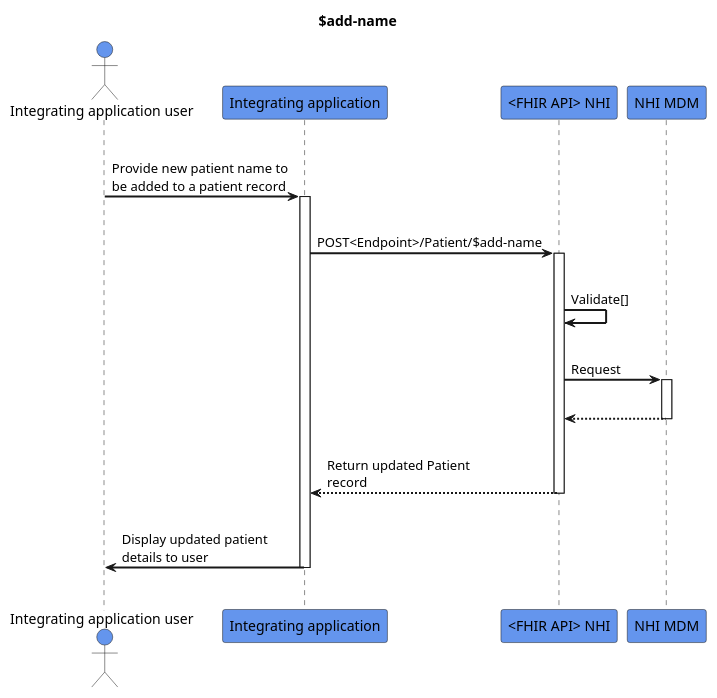
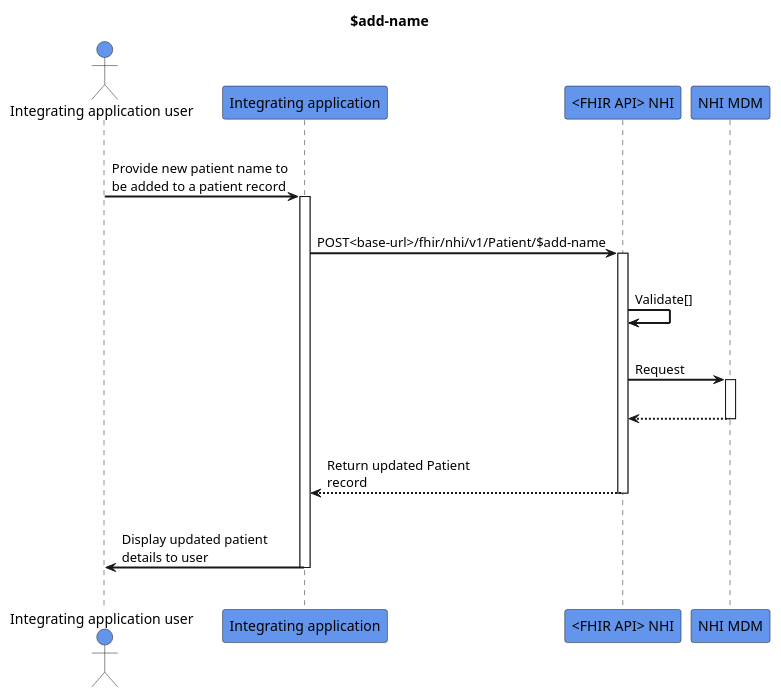
Before and after one commit to HL7NZ/nhi: the diagram in input/images-source/add-name.plantuml, drawn with PlantUML.

```diff
--- a/input/images-source/add-name.plantuml
+++ b/input/images-source/add-name.plantuml
@@ -1,32 +1,32 @@
 @startuml
 skinparam sequenceArrowThickness 2
 skinparam roundcorner 5
 skinparam maxmessagesize 180
 skinparam sequenceParticipant bold
 title $add-name
 actor "Integrating application user" as User #CornflowerBlue
 participant "Integrating application" as A #CornflowerBlue
 participant "<FHIR API> NHI" as B #CornflowerBlue
 participant "NHI MDM" as C #CornflowerBlue
 |||
 User -> A: Provide new patient name to be added to a patient record
 activate A
 |||
-A -> B: POST<Endpoint>/Patient/$add-name
+A -> B: POST<base-url>/fhir/nhi/v1/Patient/$add-name
 activate B
 |||
 B -> B: Validate[]
 |||
 B -> C: Request
 activate C
 |||
 C -[dashed]-> B
 deactivate C
 |||
 B -[dashed]-> A: Return updated Patient record
 deactivate B
 |||
 A -> User: Display updated patient details to user
 deactivate A
 |||
 @enduml
```
